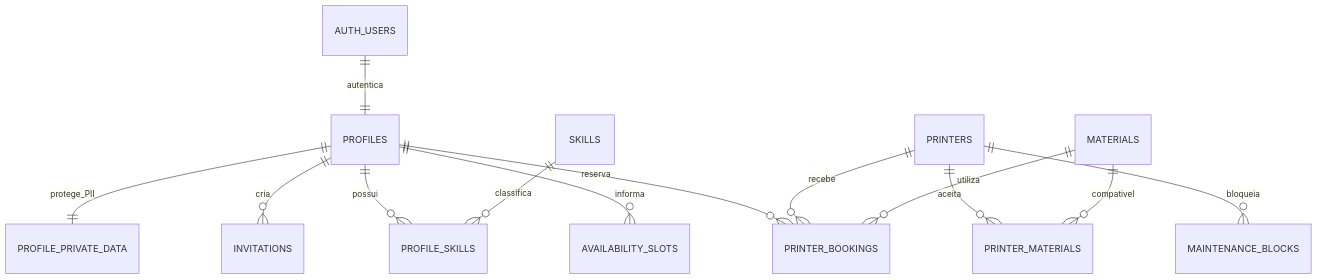
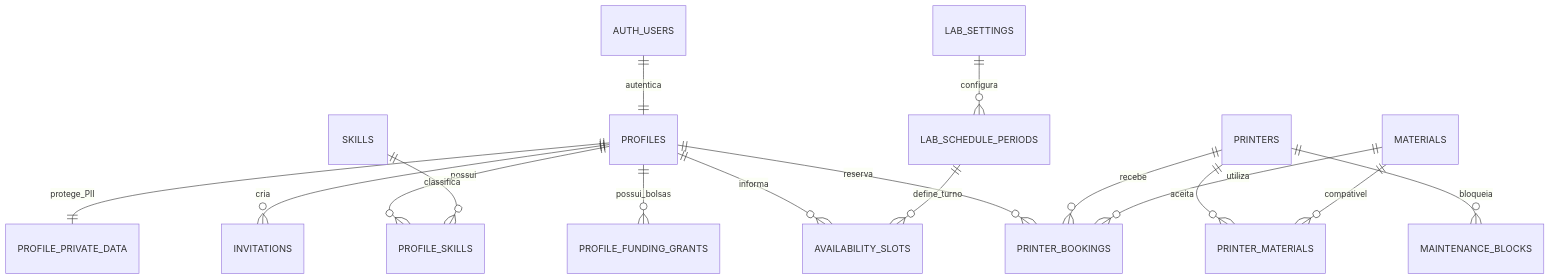
One commit to LOP3D-Unifesp/lab-manager changed the diagram in docs/DATABASE_SECURITY.md. Above: the diagram before and after it, drawn with Mermaid. The commit also changed other lines of this file and 3 other files, not shown here.

First line of the commit message:
docs: update DESIGN_GUIDE and database docs to the current schema

````diff
--- a/docs/DATABASE_SECURITY.md
+++ b/docs/DATABASE_SECURITY.md
@@ -8,15 +8,18 @@
 ```mermaid
 erDiagram
   AUTH_USERS ||--|| PROFILES : autentica
   PROFILES ||--|| PROFILE_PRIVATE_DATA : protege_PII
   PROFILES ||--o{ INVITATIONS : cria
   PROFILES ||--o{ PROFILE_SKILLS : possui
   SKILLS ||--o{ PROFILE_SKILLS : classifica
+  PROFILES ||--o{ PROFILE_FUNDING_GRANTS : possui_bolsas
   PROFILES ||--o{ AVAILABILITY_SLOTS : informa
+  LAB_SCHEDULE_PERIODS ||--o{ AVAILABILITY_SLOTS : define_turno
+  LAB_SETTINGS ||--o{ LAB_SCHEDULE_PERIODS : configura
   PROFILES ||--o{ PRINTER_BOOKINGS : reserva
   PRINTERS ||--o{ PRINTER_BOOKINGS : recebe
   MATERIALS ||--o{ PRINTER_BOOKINGS : utiliza
   PRINTERS ||--o{ PRINTER_MATERIALS : aceita
   MATERIALS ||--o{ PRINTER_MATERIALS : compativel
   PRINTERS ||--o{ MAINTENANCE_BLOCKS : bloqueia
 ```
````
